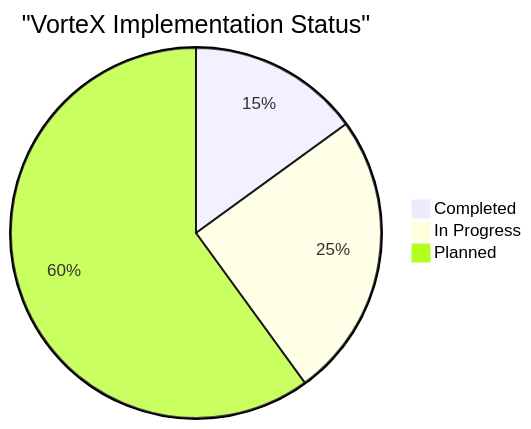
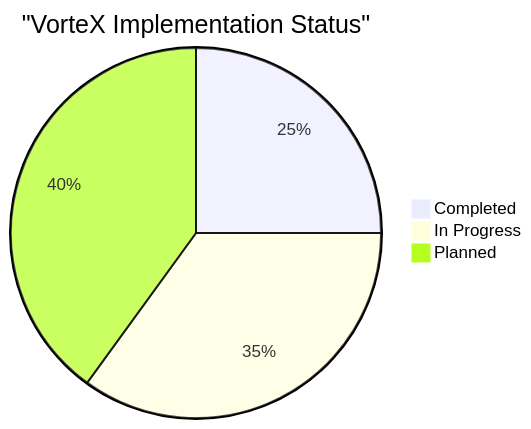
The diagram in vortex-access/docs/CURRENT-STATUS.md (radioclone/VorteX), drawn with Mermaid before and after one commit. The commit also changed other lines of this file and 34 other files, not shown here.

````diff
--- a/vortex-access/docs/CURRENT-STATUS.md
+++ b/vortex-access/docs/CURRENT-STATUS.md
@@ -7,7 +7,7 @@
 ```mermaid
 pie
     title "VorteX Implementation Status"
-    "Completed" : 15
-    "In Progress" : 25
-    "Planned" : 60
+    "Completed" : 25
+    "In Progress" : 35
+    "Planned" : 40
 ```
````
